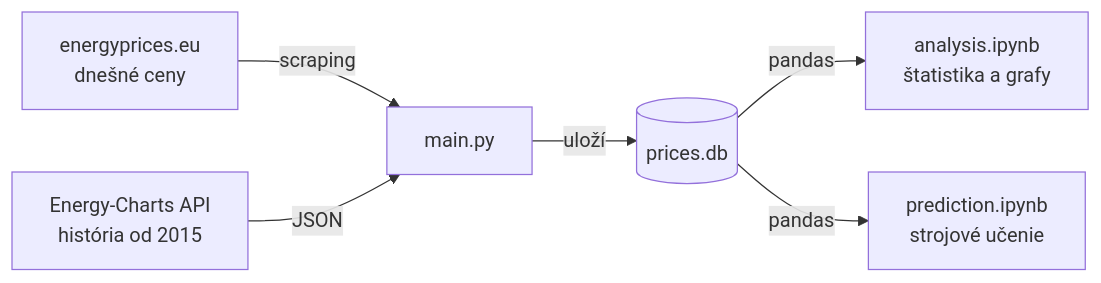
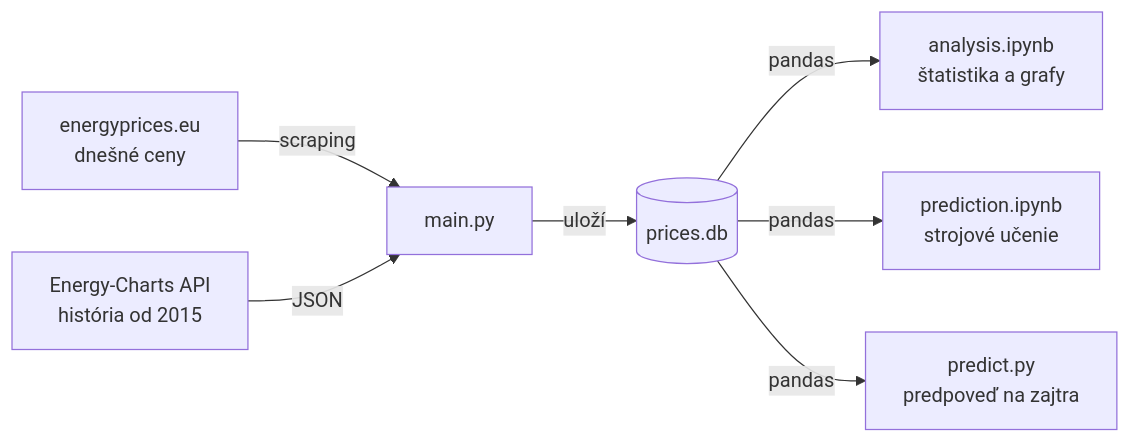
One commit to Matus1232/Script-for-electricity-prices-with-prediction changed the first of 2 diagrams in README.md. Above: the diagram before and after it, drawn with Mermaid. The commit also changed other lines of this file and 3 other files, not shown here.

````diff
--- a/README.md
+++ b/README.md
@@ -40,8 +41,9 @@
 ```mermaid
 flowchart LR
     W["energyprices.eu<br>dnešné ceny"] -- "scraping" --> M["main.py"]
     E["Energy-Charts API<br>história od 2015"] -- "JSON" --> M
     M -- "uloží" --> D[("prices.db")]
     D -- "pandas" --> N["analysis.ipynb<br>štatistika a grafy"]
     D -- "pandas" --> P["prediction.ipynb<br>strojové učenie"]
+    D -- "pandas" --> S["predict.py<br>predpoveď na zajtra"]
 ```
````
